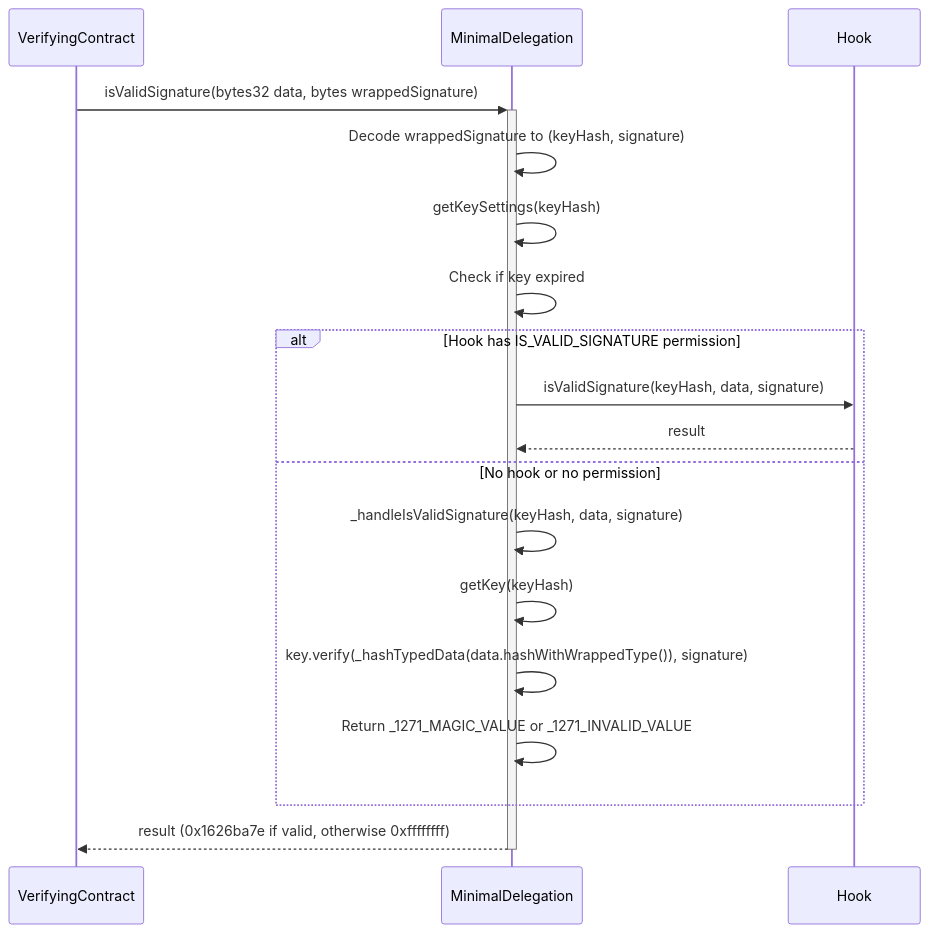
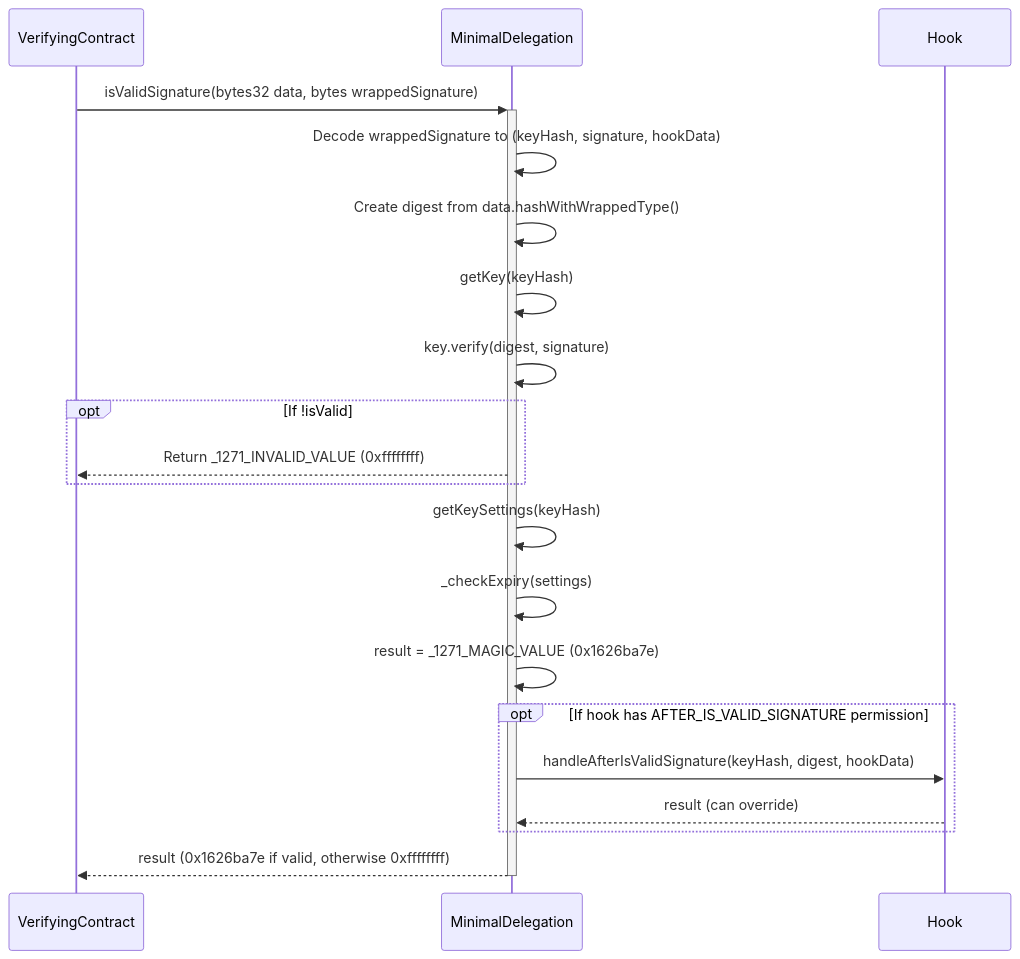
The sixth of 6 diagrams in README.md (Uniswap/minimal-delegation), drawn with Mermaid before and after one commit. The commit also changed other lines of this file, not shown here.

````diff
--- a/README.md
+++ b/README.md
@@ -238,24 +315,28 @@
 ```mermaid
 sequenceDiagram
     participant VerifyingContract
     participant Account as MinimalDelegation
     participant Hook
     
     VerifyingContract->>+Account: isValidSignature(bytes32 data, bytes wrappedSignature)
     
-    Account->>Account: Decode wrappedSignature to (keyHash, signature)
+    Account->>Account: Decode wrappedSignature to (keyHash, signature, hookData)
+    Account->>Account: Create digest from data.hashWithWrappedType()
+    Account->>Account: getKey(keyHash)
+    Account->>Account: key.verify(digest, signature)
+    
+    opt If !isValid
+        Account-->>VerifyingContract: Return _1271_INVALID_VALUE (0xffffffff)
+    end
+    
     Account->>Account: getKeySettings(keyHash)
-    Account->>Account: Check if key expired
+    Account->>Account: _checkExpiry(settings)
+    Account->>Account: result = _1271_MAGIC_VALUE (0x1626ba7e)
     
-    alt Hook has IS_VALID_SIGNATURE permission
-        Account->>Hook: isValidSignature(keyHash, data, signature)
-        Hook-->>Account: result
-    else No hook or no permission
-        Account->>Account: _handleIsValidSignature(keyHash, data, signature)
-        Account->>Account: getKey(keyHash)
-        Account->>Account: key.verify(_hashTypedData(data.hashWithWrappedType()), signature)
-        Account->>Account: Return _1271_MAGIC_VALUE or _1271_INVALID_VALUE
+    opt If hook has AFTER_IS_VALID_SIGNATURE permission
+        Account->>Hook: handleAfterIsValidSignature(keyHash, digest, hookData)
+        Hook-->>Account: result (can override)
     end
     
     Account-->>-VerifyingContract: result (0x1626ba7e if valid, otherwise 0xffffffff)
 ```
````
